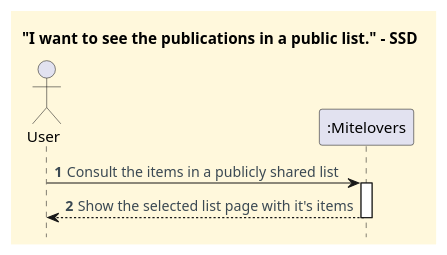
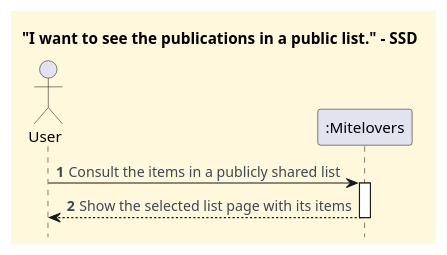
The diagram in docs/client-server-diagrams/consult-the-items-in-a-public-list/Process_View_SSD.puml (CarolinaLeite-collab/JavaMarketplacePlatform), drawn with PlantUML before and after one commit. The commit also changed 8 other files, not shown here.

```diff
--- a/docs/client-server-diagrams/consult-the-items-in-a-public-list/Process_View_SSD.puml
+++ b/docs/client-server-diagrams/consult-the-items-in-a-public-list/Process_View_SSD.puml
@@ -1,32 +1,32 @@
 @startuml
 
 '==== basic style ====
 hide stereotype
 skinparam monochrome false
 skinparam shadowing false
 skinparam defaultFontName Futura
 skinparam objectFontSize 20
 skinparam backgroundColor CornSilk
 skinparam objectBackgroundColor WhiteSmoke
 skinparam noteBackgroundColor #FFFFE0
 skinparam ArrowFontColor #3B4953
 skinparam ActivationBackgroundColor black
 hidefootbox
 
 autonumber
 
 title "I want to see the publications in a public list." - SSD
 
 ' --- Actor and participants ---
 
 actor User
 participant ":Mitelovers" as mite
 
 ' --- Interactions ---
 
 User -> mite : Consult the items in a publicly shared list
 activate mite
-mite --> User : Show the selected list page with it's items
+mite --> User : Show the selected list page with its items
 deactivate mite
 
 @enduml
```
